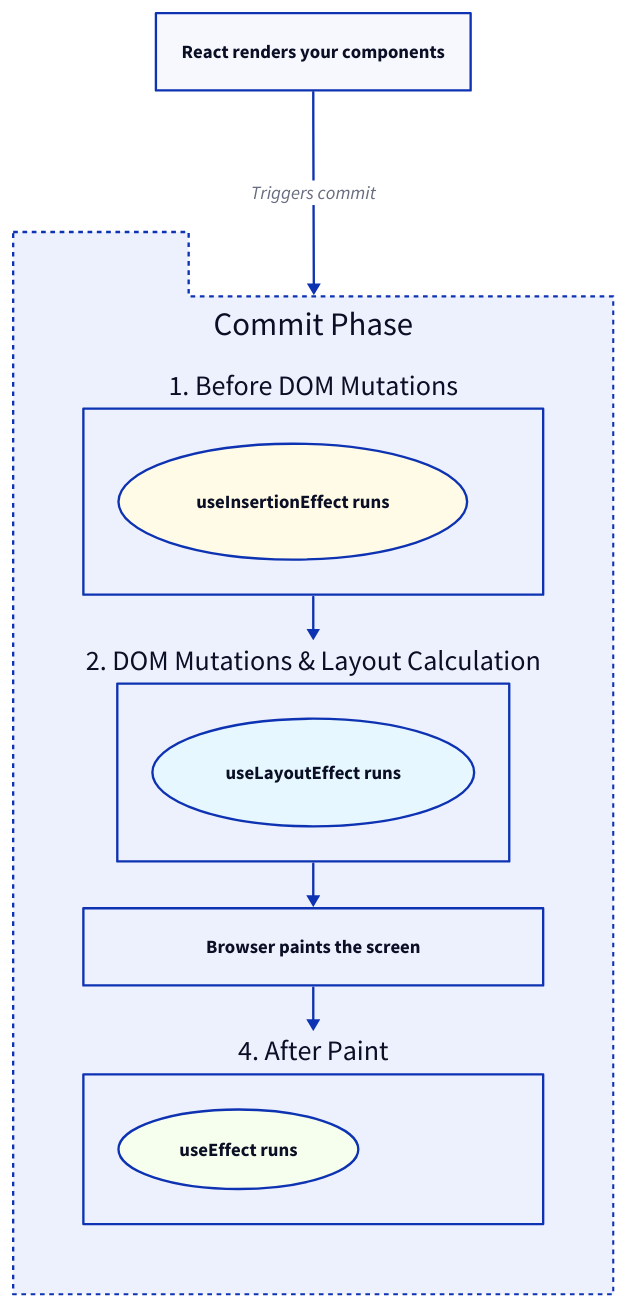
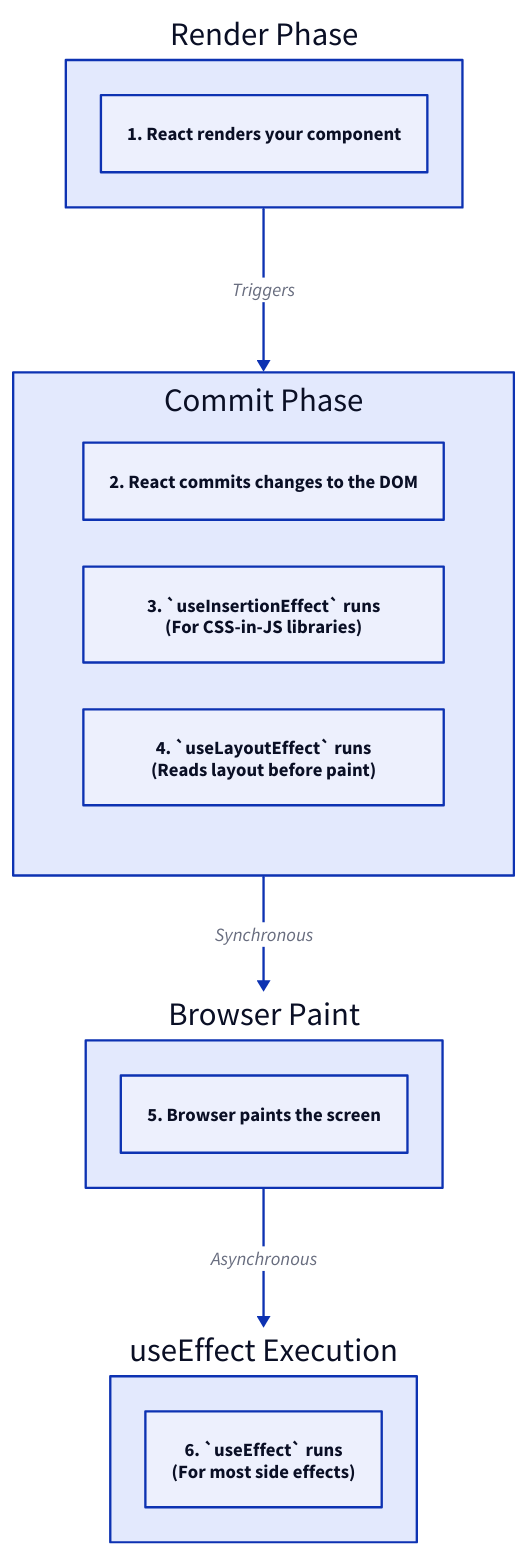
One commit to lban2049/react changed the diagram in packages/react/.aigne/doc-smith/docs/hooks-effect.md. Above: the diagram before and after it, drawn with D2. The commit also changed other lines of this file and 46 other files, not shown here.

````diff
--- a/packages/react/.aigne/doc-smith/docs/hooks-effect.md
+++ b/packages/react/.aigne/doc-smith/docs/hooks-effect.md
@@ -154,52 +7,41 @@
 ```d2
 direction: down
 
-"Render Phase": {
+Render-Phase: {
+  label: "Render Phase"
   shape: rectangle
-  label: "React renders your components"
+  "1. React renders your component"
 }
 
-"Commit Phase": {
-  shape: package
+Commit-Phase: {
+  label: "Commit Phase"
+  shape: rectangle
   grid-columns: 1
-  style.stroke-dash: 2
 
-  "1. Before DOM Mutations": {
-    shape: rectangle
-    
-    "useInsertionEffect runs": {
-      shape: oval
-      style.fill: "#fffbe6"
-    }
+  "2. React commits changes to the DOM"
+
+  useInsertionEffect-run: {
+    label: "3. `useInsertionEffect` runs\n(For CSS-in-JS libraries)"
   }
 
-  "2. DOM Mutations & Layout Calculation": {
-    shape: rectangle
-
-    "useLayoutEffect runs": {
-      shape: oval
-      style.fill: "#e6f7ff"
-    }
-  }
-
-  "3. Browser Painting": {
-    shape: rectangle
-    label: "Browser paints the screen"
-  }
-  
-  "4. After Paint": {
-    shape: rectangle
-    
-    "useEffect runs": {
-      shape: oval
-      style.fill: "#f6ffed"
-    }
+  useLayoutEffect-run: {
+    label: "4. `useLayoutEffect` runs\n(Reads layout before paint)"
   }
 }
 
-"Render Phase" -> "Commit Phase": "Triggers commit"
-"Commit Phase"."1. Before DOM Mutations" -> "Commit Phase"."2. DOM Mutations & Layout Calculation"
-"Commit Phase"."2. DOM Mutations & Layout Calculation" -> "Commit Phase"."3. Browser Painting"
-"Commit Phase"."3. Browser Painting" -> "Commit Phase"."4. After Paint"
+Browser-Paint: {
+  label: "Browser Paint"
+  shape: rectangle
+  "5. Browser paints the screen"
+}
 
+useEffect-Execution: {
+  label: "useEffect Execution"
+  shape: rectangle
+  "6. `useEffect` runs\n(For most side effects)"
+}
+
+Render-Phase -> Commit-Phase: "Triggers"
+Commit-Phase -> Browser-Paint: "Synchronous"
+Browser-Paint -> useEffect-Execution: "Asynchronous"
 ```
````
